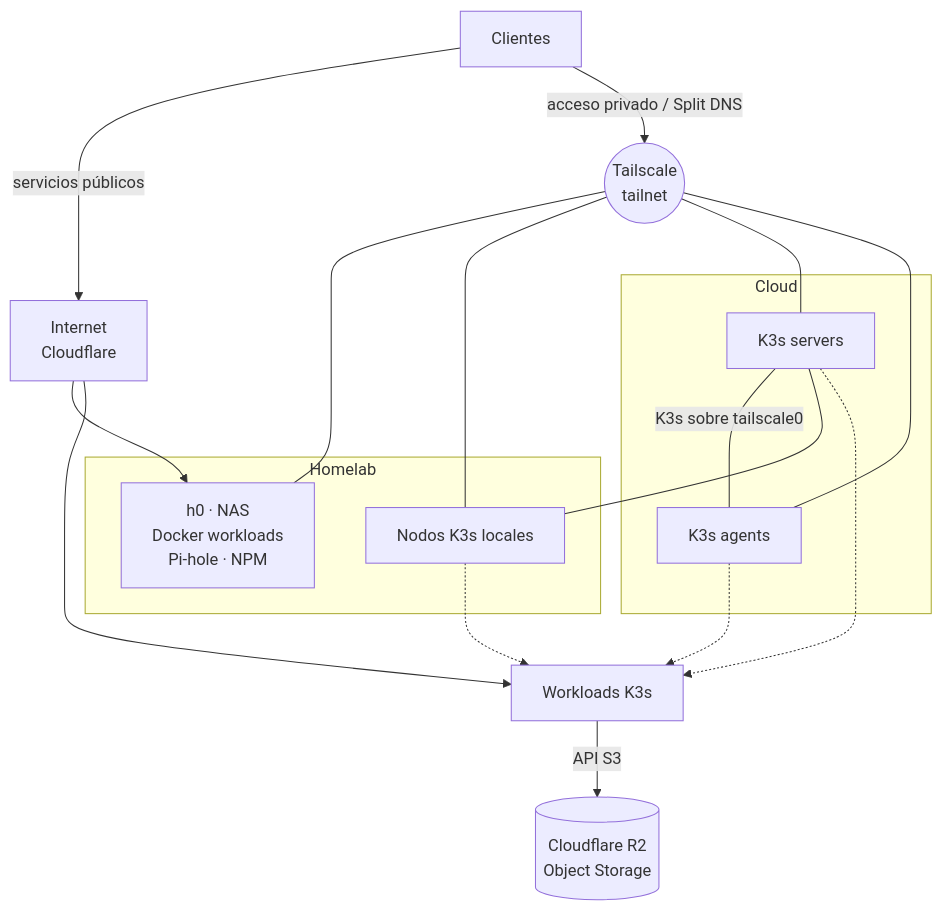
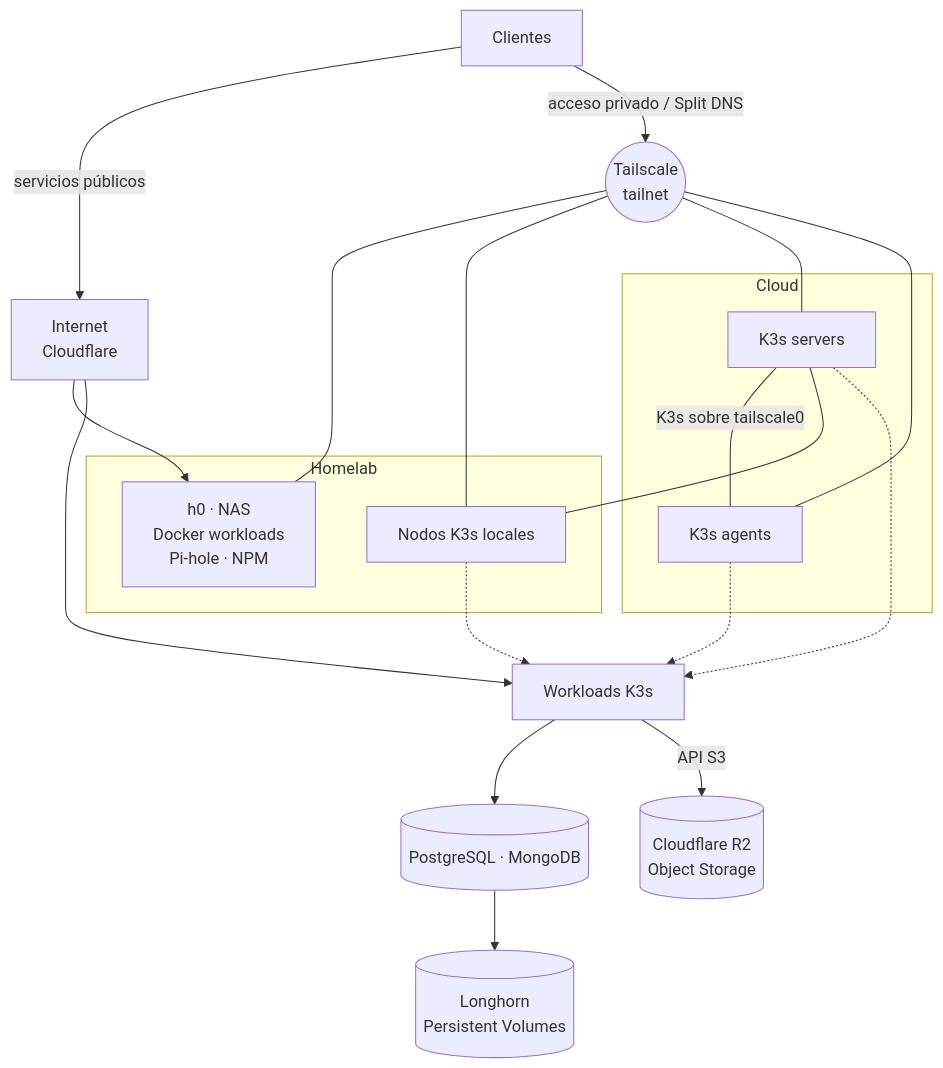
The first of 4 diagrams in README.md (Ismola/homelab), drawn with Mermaid before and after one commit. The commit also changed other lines of this file, not shown here.

Commit message:
update readme with Longhorn and database details

````diff
--- a/README.md
+++ b/README.md
@@ -26,33 +26,37 @@
 ```mermaid
 flowchart TB
     client["Clientes"]
     internet["Internet<br/>Cloudflare"]
     tailnet(("Tailscale<br/>tailnet"))
     r2[("Cloudflare R2<br/>Object Storage")]
     workloads["Workloads K3s"]
+    longhorn[("Longhorn<br/>Persistent Volumes")]
+    databases[("PostgreSQL · MongoDB")]
 
     subgraph home["Homelab"]
         h0["h0 · NAS<br/>Docker workloads<br/>Pi-hole · NPM"]
         homeNodes["Nodos K3s locales"]
     end
 
     subgraph cloud["Cloud"]
         servers["K3s servers"]
         agents["K3s agents"]
     end
 
     client -->|"servicios públicos"| internet
     internet --> h0
     internet --> workloads
     client -->|"acceso privado / Split DNS"| tailnet
     tailnet --- h0
     tailnet --- homeNodes
     tailnet --- servers
     tailnet --- agents
     servers ---|"K3s sobre tailscale0"| agents
     servers --- homeNodes
     servers -.-> workloads
     agents -.-> workloads
     homeNodes -.-> workloads
+    workloads --> databases
+    databases --> longhorn
     workloads -->|"API S3"| r2
 ```
````
